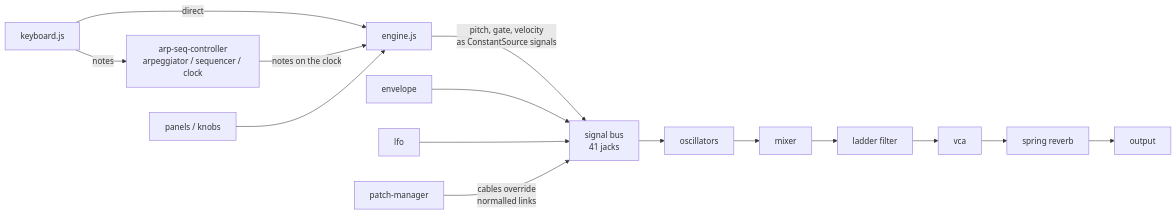
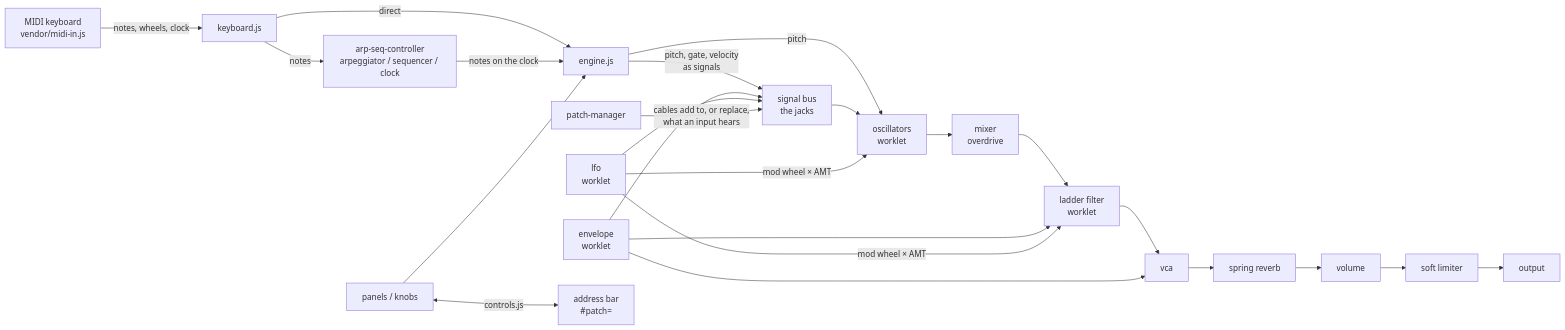
One commit to csciuto/goob_nonna changed the diagram in ARCHITECTURE.md. Above: the diagram before and after it, drawn with Mermaid. The commit also changed other lines of this file and 43 other files, not shown here.

````diff
--- a/ARCHITECTURE.md
+++ b/ARCHITECTURE.md
@@ -54,12 +65,17 @@
 ```mermaid
 flowchart LR
   KB[keyboard.js] -->|notes| AS[arp-seq-controller<br/>arpeggiator / sequencer / clock]
+  MIDI[MIDI keyboard<br/>vendor/midi-in.js] -->|notes, wheels, clock| KB
   KB -->|direct| EN[engine.js]
   AS -->|notes on the clock| EN
-  EN -->|pitch, gate, velocity<br/>as ConstantSource signals| BUS[signal bus<br/>41 jacks]
-  BUS --> OSC[oscillators] --> MIX[mixer] --> FLT[ladder filter] --> VCA[vca] --> REV[spring reverb] --> OUT[output]
-  ENV[envelope] --> BUS
-  LFO[lfo] --> BUS
-  PM[patch-manager] -->|cables override<br/>normalled links| BUS
+  EN -->|pitch, gate, velocity<br/>as signals| BUS[signal bus<br/>the jacks]
+  EN -->|pitch| OSC
+  BUS --> OSC[oscillators<br/>worklet] --> MIX[mixer<br/>overdrive] --> FLT[ladder filter<br/>worklet] --> VCA[vca] --> REV[spring reverb] --> VOL[volume] --> LIM[soft limiter] --> OUT[output]
+  ENV[envelope<br/>worklet] --> FLT & VCA
+  ENV --> BUS
+  LFO[lfo<br/>worklet] -->|mod wheel × AMT| OSC & FLT
+  LFO --> BUS
+  PM[patch-manager] -->|cables add to, or replace,<br/>what an input hears| BUS
   UI[panels / knobs] --> EN
+  UI <-->|controls.js| URL[address bar<br/>#patch=]
 ```
````
